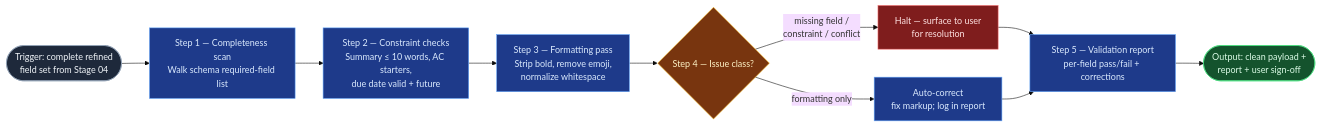
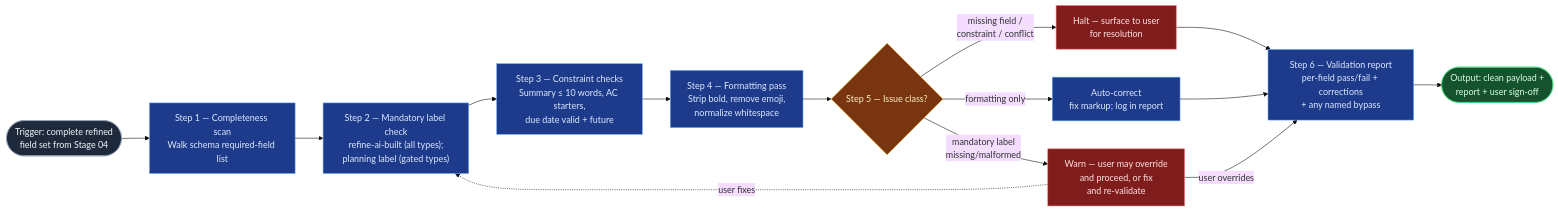
The diagram in produced-skills/workitem-validation/SKILL.md (RafySauce/flow-lab), drawn with Mermaid (base theme) before and after one commit. The commit also changed other lines of this file and 13 other files, not shown here.

````diff
--- a/produced-skills/workitem-validation/SKILL.md
+++ b/produced-skills/workitem-validation/SKILL.md
@@ -38,18 +40,22 @@
 ```mermaid
 flowchart LR
     Start(["Trigger: complete refined<br/>field set from Stage 04"]):::start --> C["Step 1 — Completeness scan<br/>Walk schema required-field list"]:::process
-    C --> K["Step 2 — Constraint checks<br/>Summary ≤ 10 words, AC starters,<br/>due date valid + future"]:::process
-    K --> F["Step 3 — Formatting pass<br/>Strip bold, remove emoji,<br/>normalize whitespace"]:::process
-    F --> D{"Step 4 — Issue class?"}:::decision
+    C --> ML["Step 2 — Mandatory label check<br/>refine-ai-built (all types);<br/>planning label (gated types)"]:::process
+    ML --> K["Step 3 — Constraint checks<br/>Summary ≤ 10 words, AC starters,<br/>due date valid + future"]:::process
+    K --> F["Step 4 — Formatting pass<br/>Strip bold, remove emoji,<br/>normalize whitespace"]:::process
+    F --> D{"Step 5 — Issue class?"}:::decision
     D -->|"formatting only"| AC["Auto-correct<br/>fix markup; log in report"]:::process
     D -->|"missing field /<br/>constraint / conflict"| H["Halt — surface to user<br/>for resolution"]:::halt
+    D -->|"mandatory label<br/>missing/malformed"| W["Warn — user may override<br/>and proceed, or fix<br/>and re-validate"]:::halt
     H --> R
-    AC --> R["Step 5 — Validation report<br/>per-field pass/fail + corrections"]:::process
+    AC --> R["Step 6 — Validation report<br/>per-field pass/fail + corrections<br/>+ any named bypass"]:::process
+    W -->|"user overrides"| R
+    W -.->|"user fixes"| ML
     R --> Output(["Output: clean payload +<br/>report + user sign-off"]):::output
 
     classDef start fill:#1e293b,stroke:#94a3b8,color:#f1f5f9
     classDef process fill:#1e3a8a,stroke:#60a5fa,color:#dbeafe
     classDef decision fill:#78350f,stroke:#fbbf24,color:#fef3c7
     classDef output fill:#14532d,stroke:#4ade80,color:#dcfce7
     classDef halt fill:#7f1d1d,stroke:#f87171,color:#fee2e2
 ```
````
